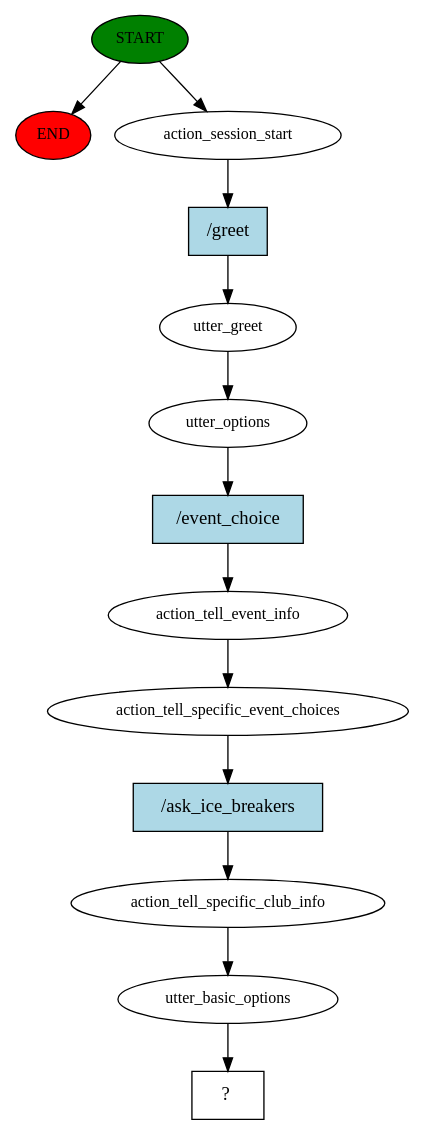
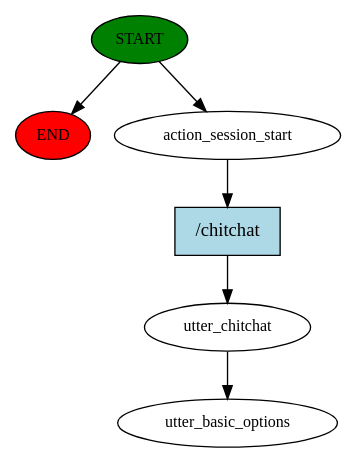
Before and after one commit to anuragkj/BPDC_Chatbot: the diagram in story_graph.dot, drawn with Graphviz.

```diff
--- a/story_graph.dot
+++ b/story_graph.dot
@@ -1,27 +1,13 @@
 digraph  {
 0 [class="start active", fillcolor=green, fontsize=12, label=START, style=filled];
 "-1" [class=end, fillcolor=red, fontsize=12, label=END, style=filled];
 1 [class=active, fontsize=12, label=action_session_start];
-2 [class=active, fontsize=12, label=utter_greet];
-3 [class=active, fontsize=12, label=utter_options];
-4 [class=active, fontsize=12, label=action_tell_event_info];
-5 [class=active, fontsize=12, label=action_tell_specific_event_choices];
-6 [class=active, fontsize=12, label=action_tell_specific_club_info];
-7 [class=active, fontsize=12, label=utter_basic_options];
-8 [class="intent dashed active", label="  ?  ", shape=rect];
-9 [class="intent active", fillcolor=lightblue, label="/greet", shape=rect, style=filled];
-10 [class="intent active", fillcolor=lightblue, label="/event_choice", shape=rect, style=filled];
-11 [class="intent active", fillcolor=lightblue, label="/ask_ice_breakers", shape=rect, style=filled];
+2 [class=active, fontsize=12, label=utter_chitchat];
+3 [class="dashed active", fontsize=12, label=utter_basic_options];
+4 [class="intent active", fillcolor=lightblue, label="/chitchat", shape=rect, style=filled];
 0 -> "-1"  [class="", key=NONE, label=""];
 0 -> 1  [class=active, key=NONE, label=""];
-1 -> 9  [class=active, key=0];
+1 -> 4  [class=active, key=0];
 2 -> 3  [class=active, key=NONE, label=""];
-3 -> 10  [class=active, key=0];
-4 -> 5  [class=active, key=NONE, label=""];
-5 -> 11  [class=active, key=0];
-6 -> 7  [class=active, key=NONE, label=""];
-7 -> 8  [class=active, key=NONE, label=""];
-9 -> 2  [class=active, key=0];
-10 -> 4  [class=active, key=0];
-11 -> 6  [class=active, key=0];
+4 -> 2  [class=active, key=0];
 }
```
